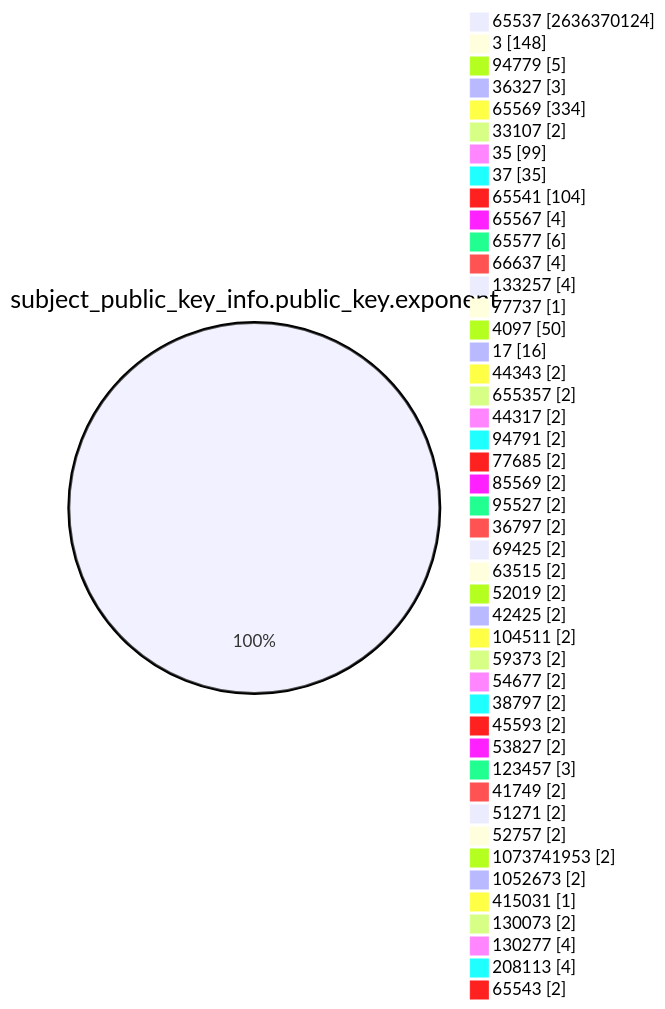
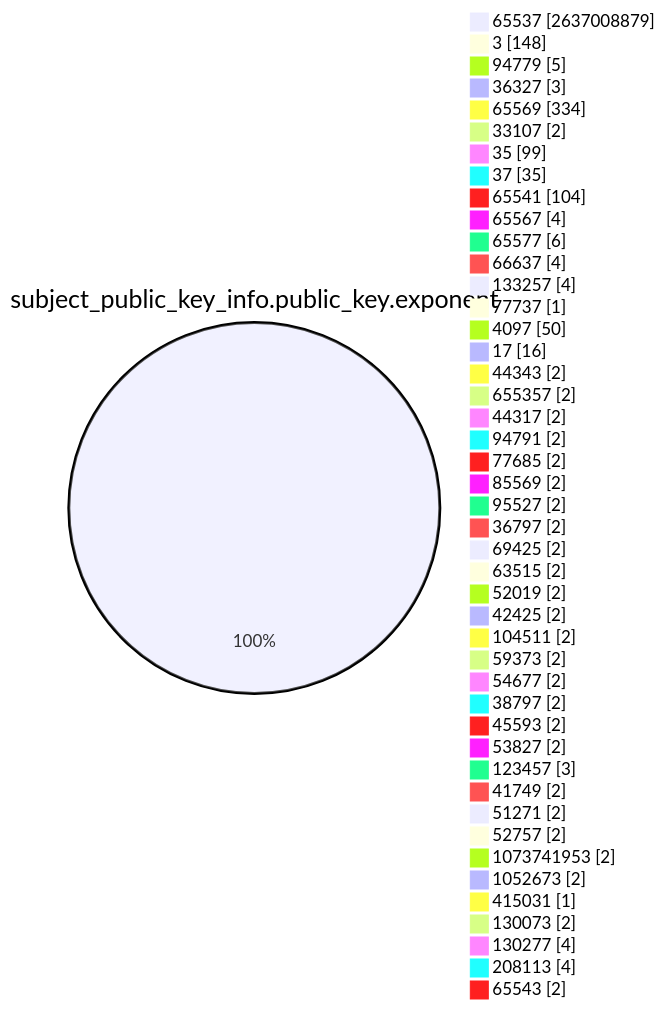
One commit to christiankrug/ctmonitor_visualization changed the fourth of 15 diagrams in TOTAL/README.md. Above: the diagram before and after it, drawn with Mermaid. The commit also changed other lines of this file, not shown here.

````diff
--- a/TOTAL/README.md
+++ b/TOTAL/README.md
@@ -1466,49 +1466,49 @@
 ```mermaid
 pie showData
 title subject_public_key_info.public_key.exponent
-"65537" :2636370124
+"65537" :2637008879
 "3" :148
 "94779" :5
 "36327" :3
 "65569" :334
 "33107" :2
 "35" :99
 "37" :35
 "65541" :104
 "65567" :4
 "65577" :6
 "66637" :4
 "133257" :4
 "77737" :1
 "4097" :50
 "17" :16
 "44343" :2
 "655357" :2
 "44317" :2
 "94791" :2
 "77685" :2
 "85569" :2
 "95527" :2
 "36797" :2
 "69425" :2
 "63515" :2
 "52019" :2
 "42425" :2
 "104511" :2
 "59373" :2
 "54677" :2
 "38797" :2
 "45593" :2
 "53827" :2
 "123457" :3
 "41749" :2
 "51271" :2
 "52757" :2
 "1073741953" :2
 "1052673" :2
 "415031" :1
 "130073" :2
 "130277" :4
 "208113" :4
 "65543" :2
 ```
````
